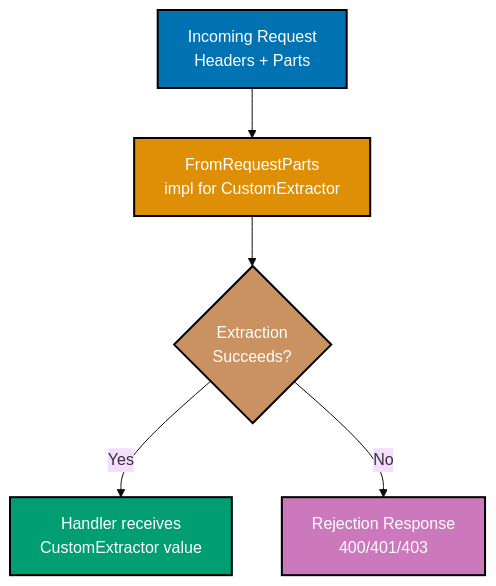
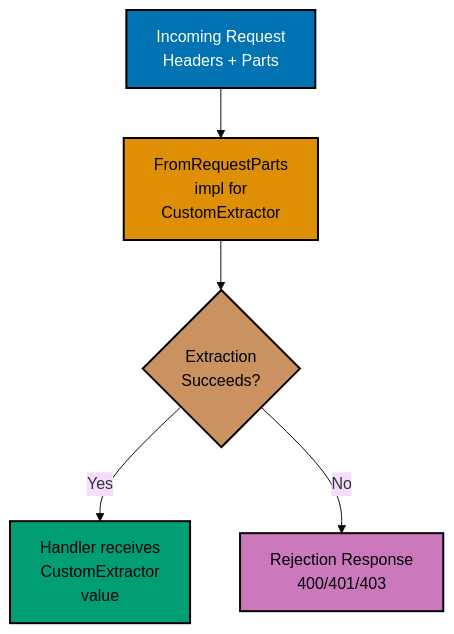
One commit to wahidyankf/ose-public changed the diagram in apps/ayokoding-www/content/en/learn/legacy/software-engineering/platforms/web/tools/rust-axum/by-example/advanced.md. Above: the diagram before and after it, drawn with Mermaid (base theme). The commit also changed 130 other files, not shown here.

First line of the commit message:
fix(mermaid): bring the legacy platforms diagrams onto the accessible palette

````diff
--- a/apps/ayokoding-www/content/en/learn/legacy/software-engineering/platforms/web/tools/rust-axum/by-example/advanced.md
+++ b/apps/ayokoding-www/content/en/learn/legacy/software-engineering/platforms/web/tools/rust-axum/by-example/advanced.md
@@ -29,13 +29,21 @@
 ```mermaid
 graph TD
-    A["Incoming Request<br/>Headers + Parts"] --> B["FromRequestParts<br/>impl for CustomExtractor"]
+    accTitle: Example 50: Implementing FromRequestParts
+    accDescr: Graph with 5 nodes and 4 connections. Nodes: Incoming Request Headers + Parts, FromRequestParts impl for CustomExtractor, Extraction Succeeds?, Handler receives CustomExtractor value, Rejection Response 400/401/403. Connections: Incoming Request Headers + Parts to FromRequestParts impl for CustomExtractor, FromRequestParts impl for CustomExtractor to Extraction Succeeds?, Extraction Succeeds? to Handler receives CustomExtractor value (Yes), Extraction Succeeds? to Rejection Response 400/401/403 (No).
+    A["Incoming Request<br/>Headers + Parts"] --> B["FromRequestParts<br/>impl for<br/>CustomExtractor"]
     B --> C{"Extraction<br/>Succeeds?"}
-    C -->|Yes| D["Handler receives<br/>CustomExtractor value"]
+    C -->|Yes| D["Handler receives<br/>CustomExtractor<br/>value"]
     C -->|No| E["Rejection Response<br/>400/401/403"]
 
-    style A fill:#0173B2,stroke:#000000,color:#FFFFFF,stroke-width:2px
-    style B fill:#DE8F05,stroke:#000000,color:#FFFFFF,stroke-width:2px
-    style C fill:#CA9161,stroke:#000000,color:#FFFFFF,stroke-width:2px
-    style D fill:#029E73,stroke:#000000,color:#FFFFFF,stroke-width:2px
-    style E fill:#CC78BC,stroke:#000000,color:#FFFFFF,stroke-width:2px
+    classDef pal-0173B2 fill:#0173B2,stroke:#000000,color:#FFFFFF,stroke-width:2px
+    class A pal-0173B2
+    classDef pal-DE8F05 fill:#DE8F05,stroke:#000000,color:#000000,stroke-width:2px
+    class B pal-DE8F05
+    classDef pal-CA9161 fill:#CA9161,stroke:#000000,color:#000000,stroke-width:2px
+    class C pal-CA9161
+    classDef pal-029E73 fill:#029E73,stroke:#000000,color:#000000,stroke-width:2px
+    class D pal-029E73
+    classDef pal-CC78BC fill:#CC78BC,stroke:#000000,color:#000000,stroke-width:2px
+    class E pal-CC78BC
+    classDef default fill:#FFFFFF,stroke:#000000,color:#000000
 ```
````
